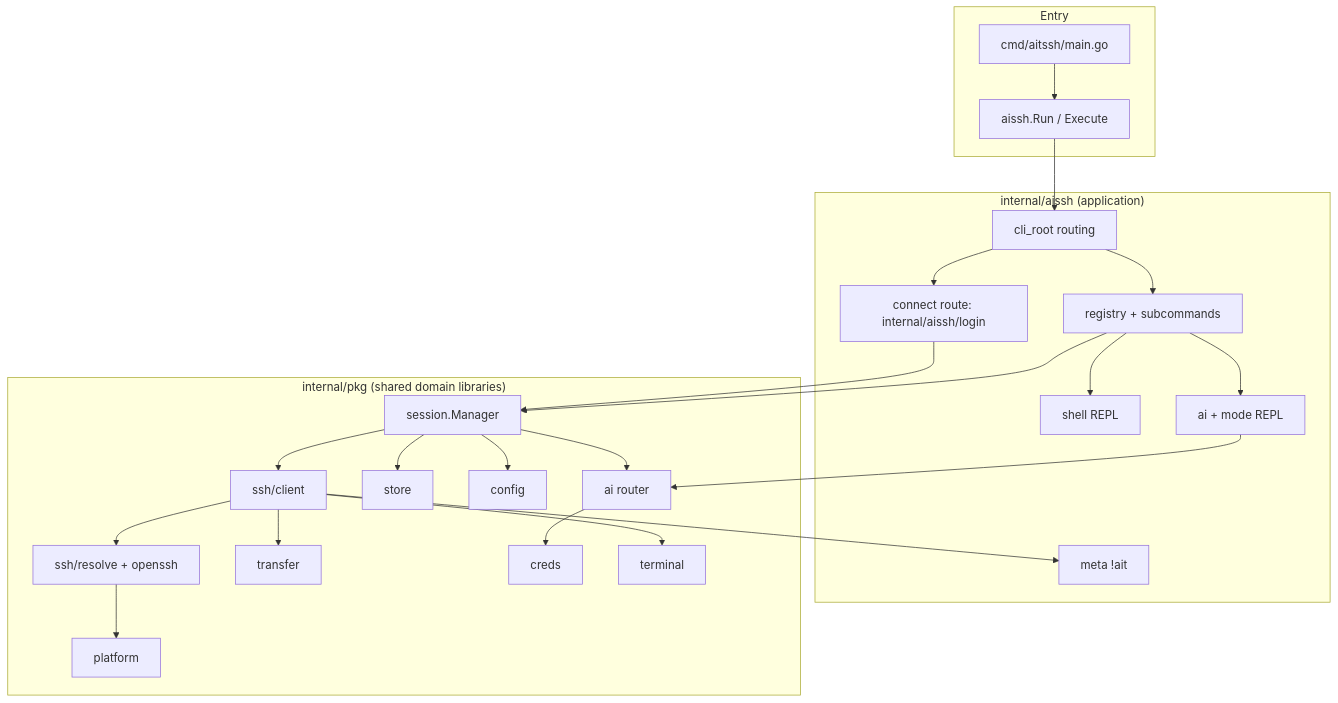
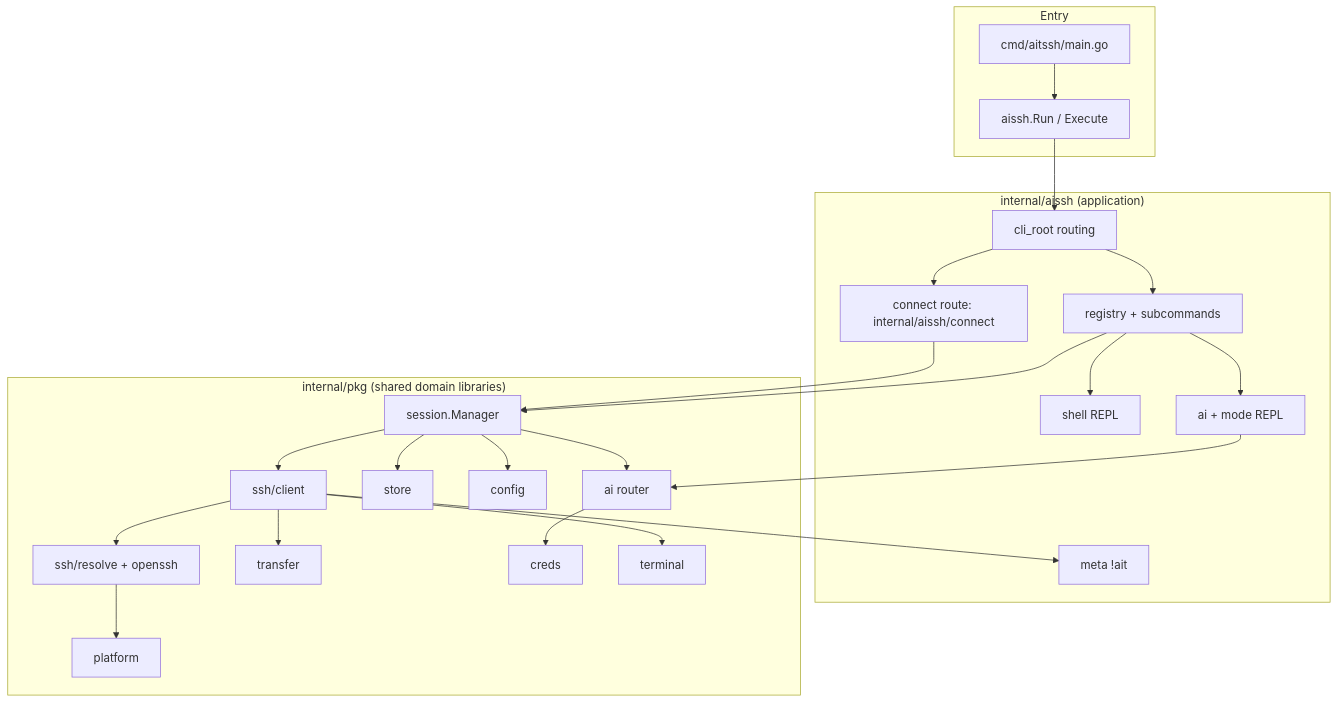
One commit to os-artificer/AiT changed the first of 12 diagrams in docs/tools/aitssh-internals.md. Above: the diagram before and after it, drawn with Mermaid. The commit also changed other lines of this file and 29 other files, not shown here.

First line of the commit message:
refactor(aitssh): drop login subcommand remnants; rename route package to connect

````diff
--- a/docs/tools/aitssh-internals.md
+++ b/docs/tools/aitssh-internals.md
@@ -37,49 +37,49 @@
 ```mermaid
 flowchart TB
   subgraph Entry
     Main["cmd/aitssh/main.go"]
     Run["aissh.Run / Execute"]
   end
 
   subgraph App["internal/aissh (application)"]
     Route["cli_root routing"]
-    ConnectPkg["connect route: internal/aissh/login"]
+    ConnectPkg["connect route: internal/aissh/connect"]
     Registry["registry + subcommands"]
     Shell["shell REPL"]
     Meta["meta !ait"]
     AI["ai + mode REPL"]
   end
 
   subgraph Domain["internal/pkg (shared domain libraries)"]
     Sess["session.Manager"]
     SSH["ssh/client"]
     Store["store"]
     Resolve["ssh/resolve + openssh"]
     Transfer["transfer"]
     Config["config"]
     AIpkg["ai router"]
     Creds["creds"]
     Term["terminal"]
     Plat["platform"]
   end
 
   Main --> Run
   Run --> Route
   Route --> ConnectPkg
   Route --> Registry
   ConnectPkg --> Sess
   Registry --> Sess
   Registry --> Shell
   Registry --> AI
   Sess --> SSH
   Sess --> Store
   Sess --> Config
   Sess --> AIpkg
   SSH --> Meta
   SSH --> Term
   SSH --> Transfer
   SSH --> Resolve
   AI --> AIpkg
   AIpkg --> Creds
   Resolve --> Plat
 ```
````
